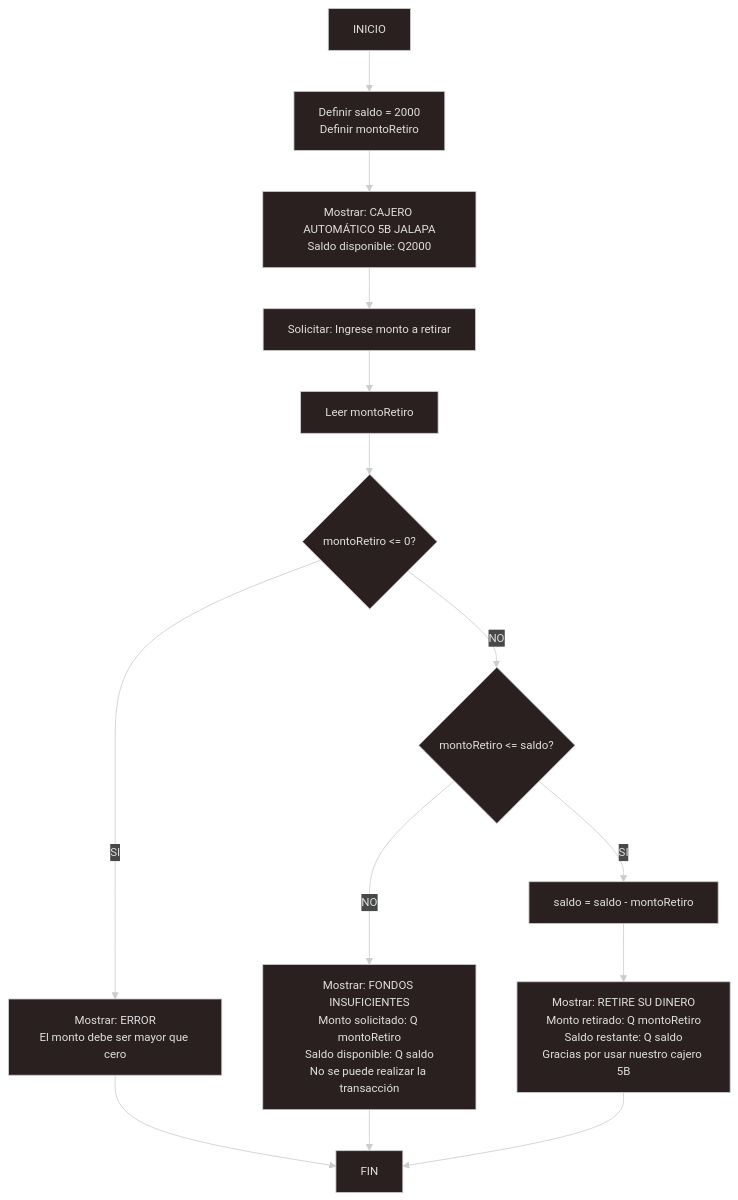
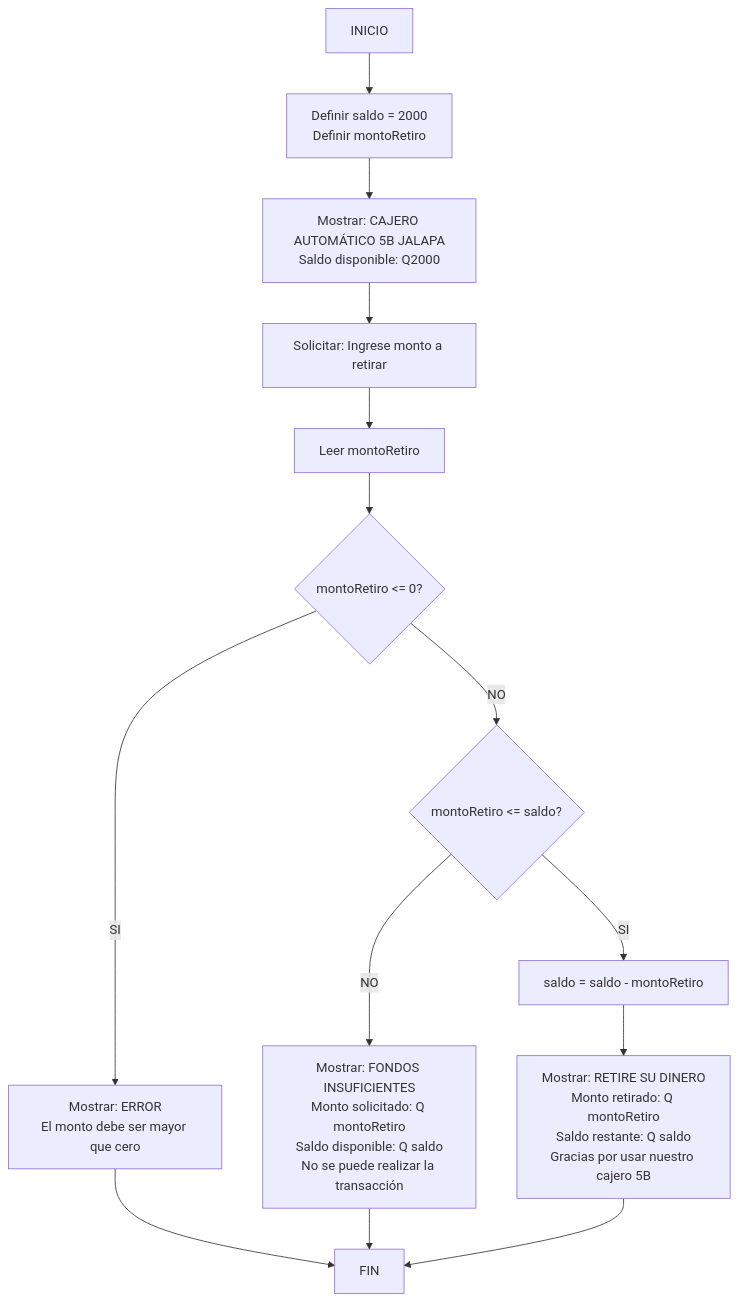
One commit to CastaWaySpy/cajero-Algoritmos-UMG changed the diagram in cajero _MermaidChart.mmd. Above: the diagram before and after it, drawn with Mermaid.

Commit message:
Update cajero _MermaidChart.mmd

```diff
--- a/cajero _MermaidChart.mmd
+++ b/cajero _MermaidChart.mmd
@@ -1,23 +1,19 @@
----
-config:
-  theme: neo-dark
----
 flowchart TD
     A[INICIO] --> B[Definir saldo = 2000<br/>Definir montoRetiro]
     B --> C[Mostrar: CAJERO AUTOMÁTICO 5B JALAPA<br/>Saldo disponible: Q2000]
     C --> D[Solicitar: Ingrese monto a retirar]
     D --> E[Leer montoRetiro]
     E --> F{montoRetiro <= 0?}
     F -->|SI| G[Mostrar: ERROR<br/>El monto debe ser mayor que cero]
     F -->|NO| H{montoRetiro <= saldo?}
     H -->|SI| I[saldo = saldo - montoRetiro]
     H -->|NO| J[Mostrar: FONDOS INSUFICIENTES<br/>Monto solicitado: Q montoRetiro<br/>Saldo disponible: Q saldo<br/>No se puede realizar la transacción]
     I --> K[Mostrar: RETIRE SU DINERO<br/>Monto retirado: Q montoRetiro<br/>Saldo restante: Q saldo<br/>Gracias por usar nuestro cajero 5B]
     G --> L[FIN]
     J --> L
     K --> L
     class A,L startEnd
     class B,I process
     class F,H decision
     class C,D,K output
     class G,J error
```
